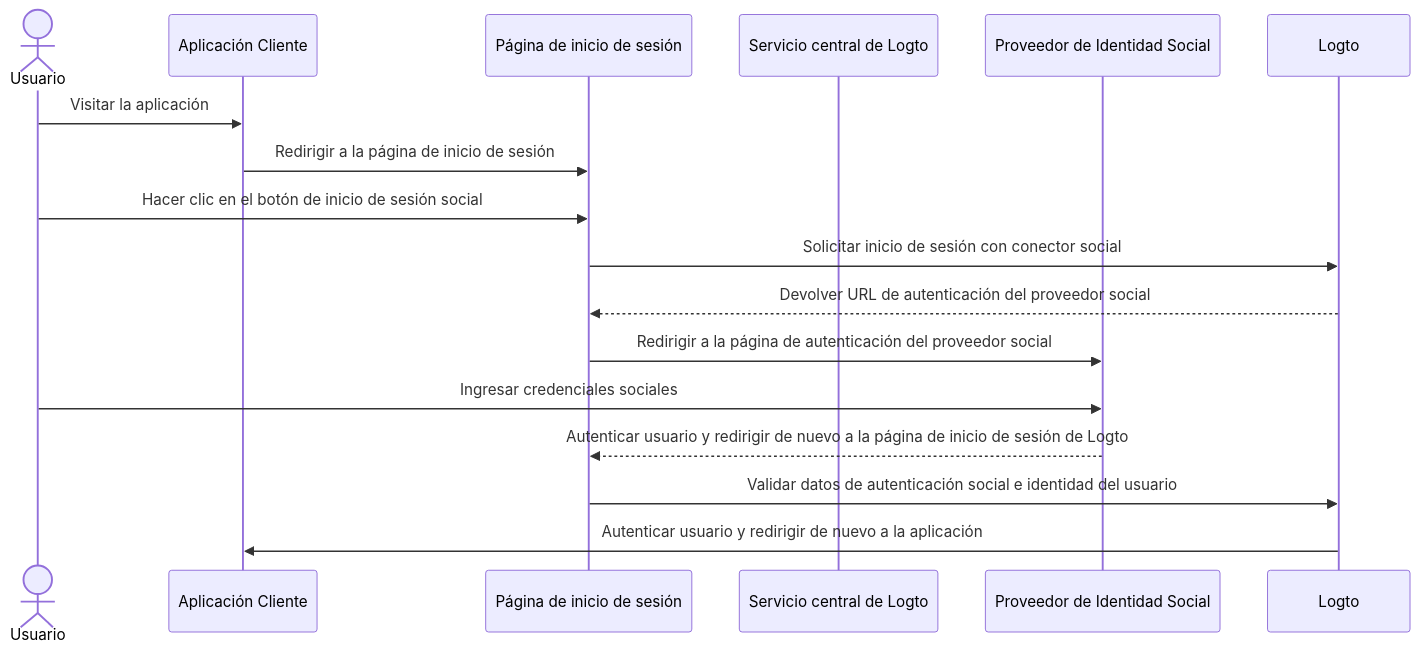
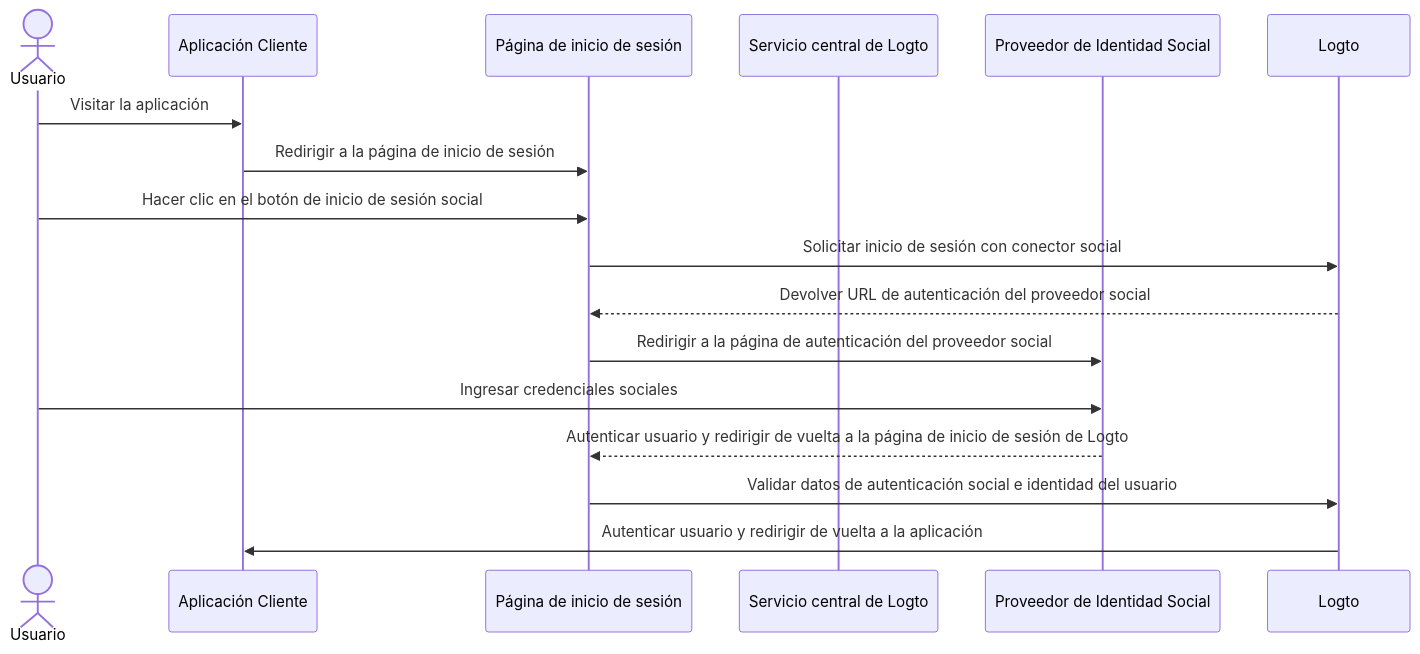
One commit to logto-io/docs changed the first of 5 diagrams in i18n/es/docusaurus-plugin-content-docs/current/end-user-flows/sign-up-and-sign-in/social-sign-in.mdx. Above: the diagram before and after it, drawn with Mermaid. The commit also changed other lines of this file and 2629 other files, not shown here.

````diff
--- a/i18n/es/docusaurus-plugin-content-docs/current/end-user-flows/sign-up-and-sign-in/social-sign-in.mdx
+++ b/i18n/es/docusaurus-plugin-content-docs/current/end-user-flows/sign-up-and-sign-in/social-sign-in.mdx
@@ -36,19 +39,19 @@
 ```mermaid
 sequenceDiagram
     actor user as Usuario
     participant app as Aplicación Cliente
     participant experience as Página de inicio de sesión
     participant logto as Servicio central de Logto
     participant social as Proveedor de Identidad Social
 
     user->>app: Visitar la aplicación
     app->>experience: Redirigir a la página de inicio de sesión
     user->>experience: Hacer clic en el botón de inicio de sesión social
     experience->>Logto: Solicitar inicio de sesión con conector social
     Logto-->>experience: Devolver URL de autenticación del proveedor social
     experience->>social: Redirigir a la página de autenticación del proveedor social
     user->>social: Ingresar credenciales sociales
-    social-->>experience: Autenticar usuario y redirigir de nuevo a la página de inicio de sesión de Logto
+    social-->>experience: Autenticar usuario y redirigir de vuelta a la página de inicio de sesión de Logto
     experience->>Logto: Validar datos de autenticación social e identidad del usuario
-    Logto->>app: Autenticar usuario y redirigir de nuevo a la aplicación
+    Logto->>app: Autenticar usuario y redirigir de vuelta a la aplicación
 ```
````
